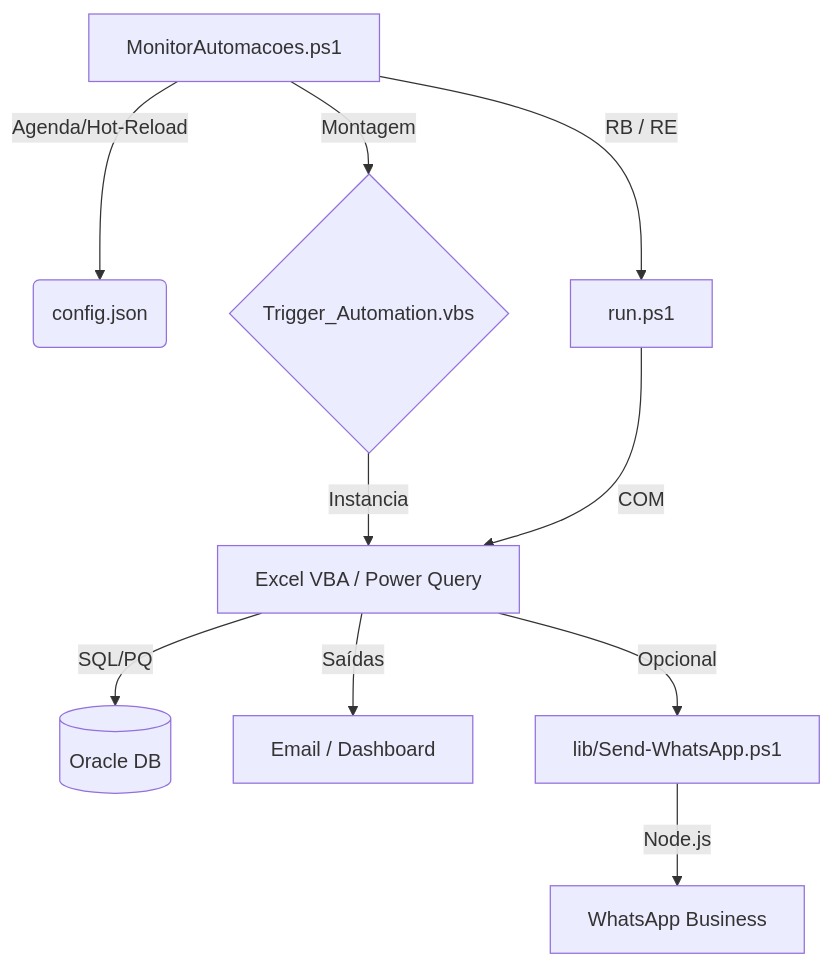
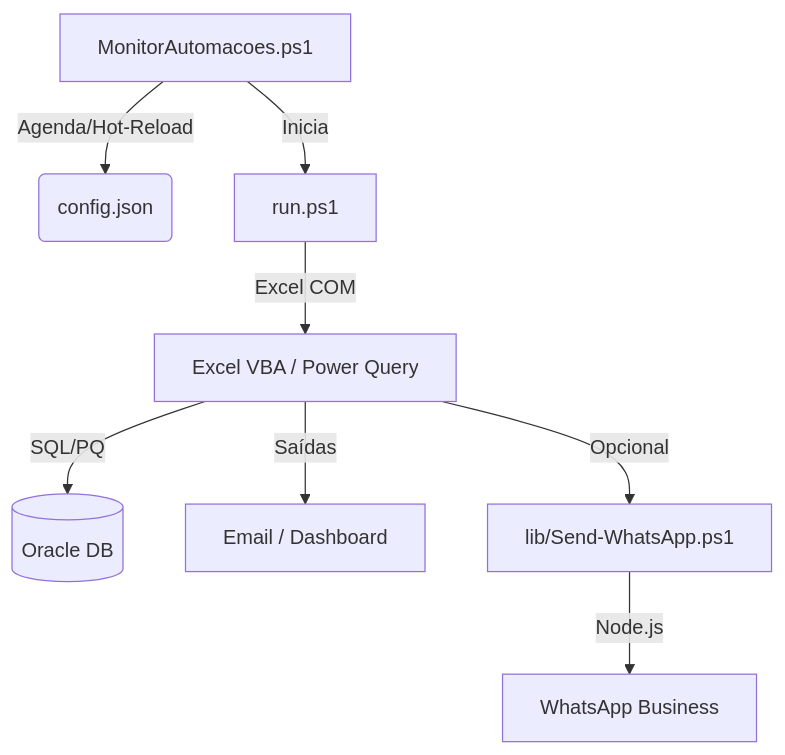
The diagram in README.md (GabrielDiasNN/Automacoes-CR), drawn with Mermaid before and after one commit. The commit also changed other lines of this file and 10 other files, not shown here.

````diff
--- a/README.md
+++ b/README.md
@@ -7,12 +7,10 @@
 ```mermaid
 graph TD
     A[MonitorAutomacoes.ps1] -->|Agenda/Hot-Reload| B(config.json)
-    A -->|Montagem| C{Trigger_Automation.vbs}
-    A -->|RB / RE| P[run.ps1]
-    C -->|Instancia| D[Excel VBA / Power Query]
-    P -->|COM| D
+    A -->|Inicia| P[run.ps1]
+    P -->|Excel COM| D[Excel VBA / Power Query]
     D -->|SQL/PQ| E[(Oracle DB)]
     D -->|Saídas| F[Email / Dashboard]
     D -->|Opcional| G[lib/Send-WhatsApp.ps1]
     G -->|Node.js| H[WhatsApp Business]
 ```
````
